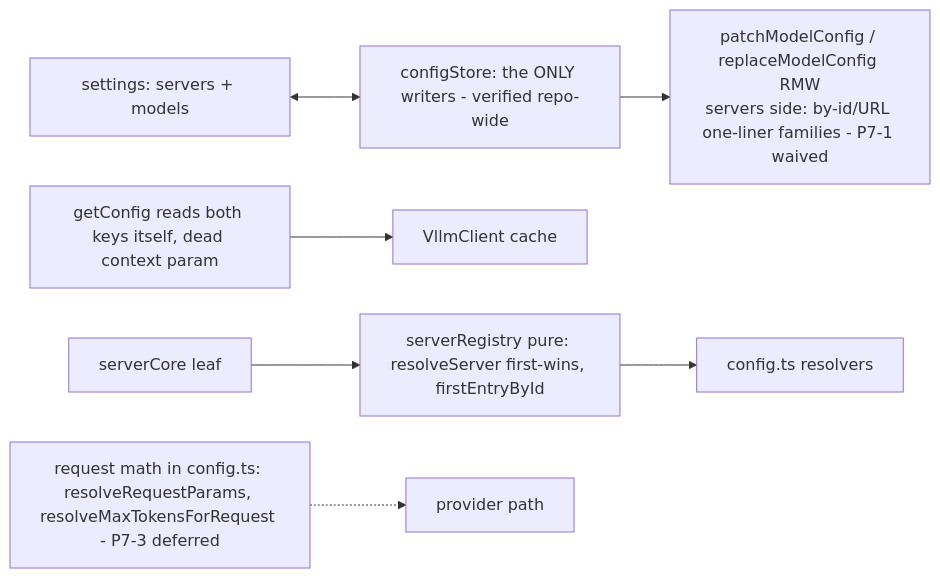
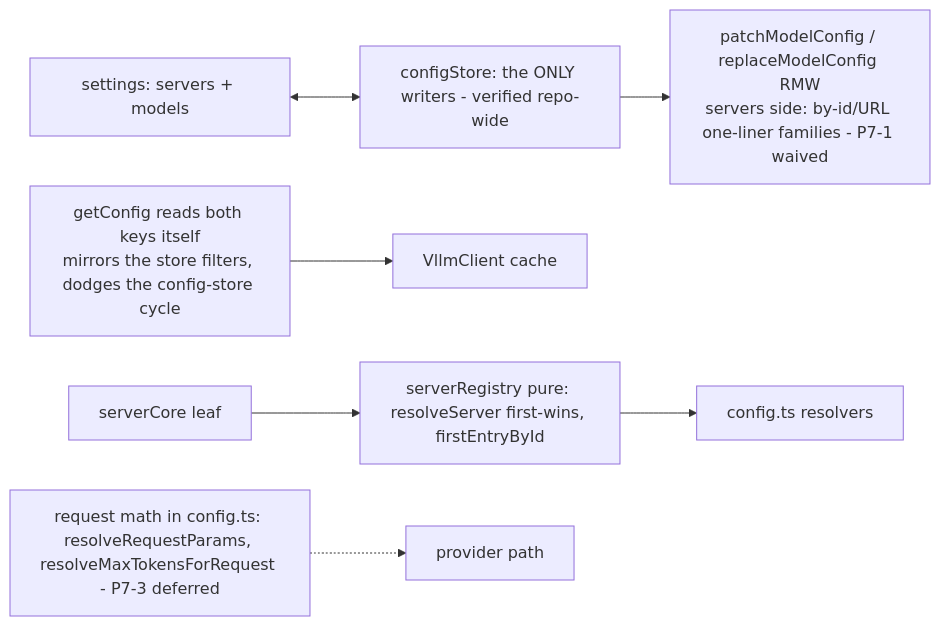
Before and after one commit to fuzzifikation/vLLM-Copilot: the seventh of 18 diagrams in docs/complexity-audit.md, drawn with Mermaid. The commit also changed other lines of this file and 8 other files, not shown here.

````diff
--- a/docs/complexity-audit.md
+++ b/docs/complexity-audit.md
@@ -310,9 +310,9 @@
 ```mermaid
 flowchart LR
     S[settings: servers + models] <--> ST[configStore: the ONLY writers - verified repo-wide]
     ST --> W[patchModelConfig / replaceModelConfig RMW<br/>servers side: by-id/URL one-liner families - P7-1 waived]
-    R[getConfig reads both keys itself, dead context param] --> CA[VllmClient cache]
+    R[getConfig reads both keys itself<br/>mirrors the store filters, dodges the config-store cycle] --> CA[VllmClient cache]
     SR[serverRegistry pure: resolveServer first-wins, firstEntryById] --> CFG[config.ts resolvers]
     MATH[request math in config.ts: resolveRequestParams, resolveMaxTokensForRequest - P7-3 deferred] -.-> B[provider path]
     CORE[serverCore leaf] --> SR
 ```
````
